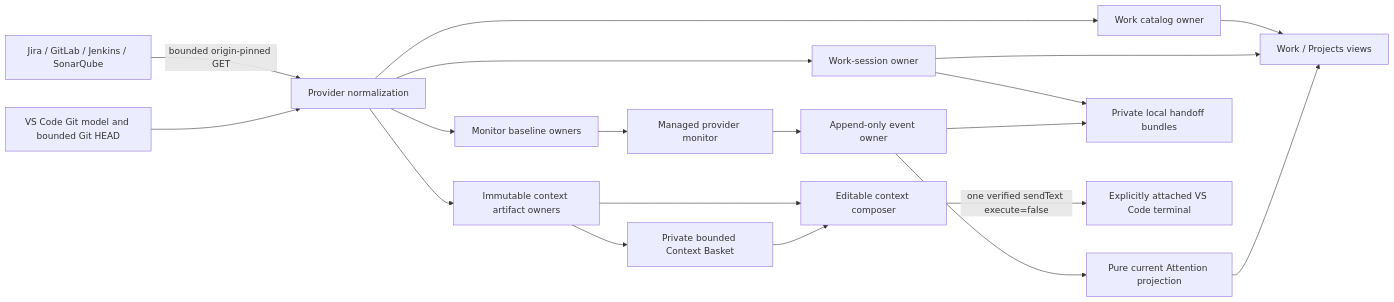
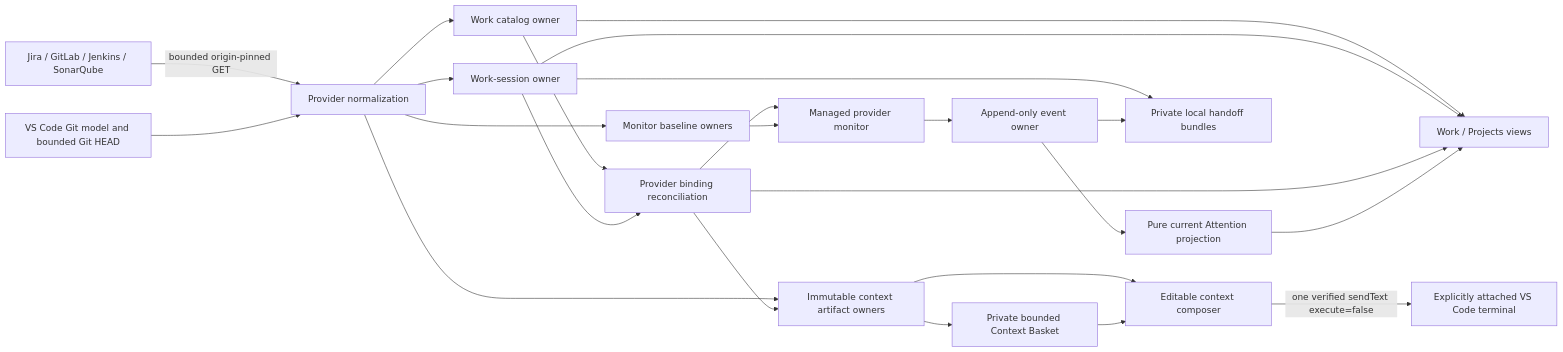
One commit to jmac4909/kronos changed the diagram in docs/state-ownership.md. Above: the diagram before and after it, drawn with Mermaid. The commit also changed other lines of this file and 17 other files, not shown here.

Commit message:
Unify provider binding reconciliation

````diff
--- a/docs/state-ownership.md
+++ b/docs/state-ownership.md
@@ -5,21 +5,26 @@
 ```mermaid
 flowchart LR
   P[Jira / GitLab / Jenkins / SonarQube] -->|bounded origin-pinned GET| N[Provider normalization]
   G[VS Code Git model and bounded Git HEAD] --> N
   N --> W[Work catalog owner]
   N --> S[Work-session owner]
   N --> B[Monitor baseline owners]
   N --> C[Immutable context artifact owners]
+  W --> R[Provider binding reconciliation]
+  S --> R
   W --> V[Work / Projects views]
   S --> V
+  R --> V
+  R --> M
+  R --> C
   B --> M[Managed provider monitor]
   M --> E[Append-only event owner]
   E --> A[Pure current Attention projection]
   A --> V
   C --> X[Editable context composer]
   C --> K[Private bounded Context Basket]
   K --> X
   S --> H[Private local handoff bundles]
   E --> H
   X -->|one verified sendText execute=false| T[Explicitly attached VS Code terminal]
 ```
````
